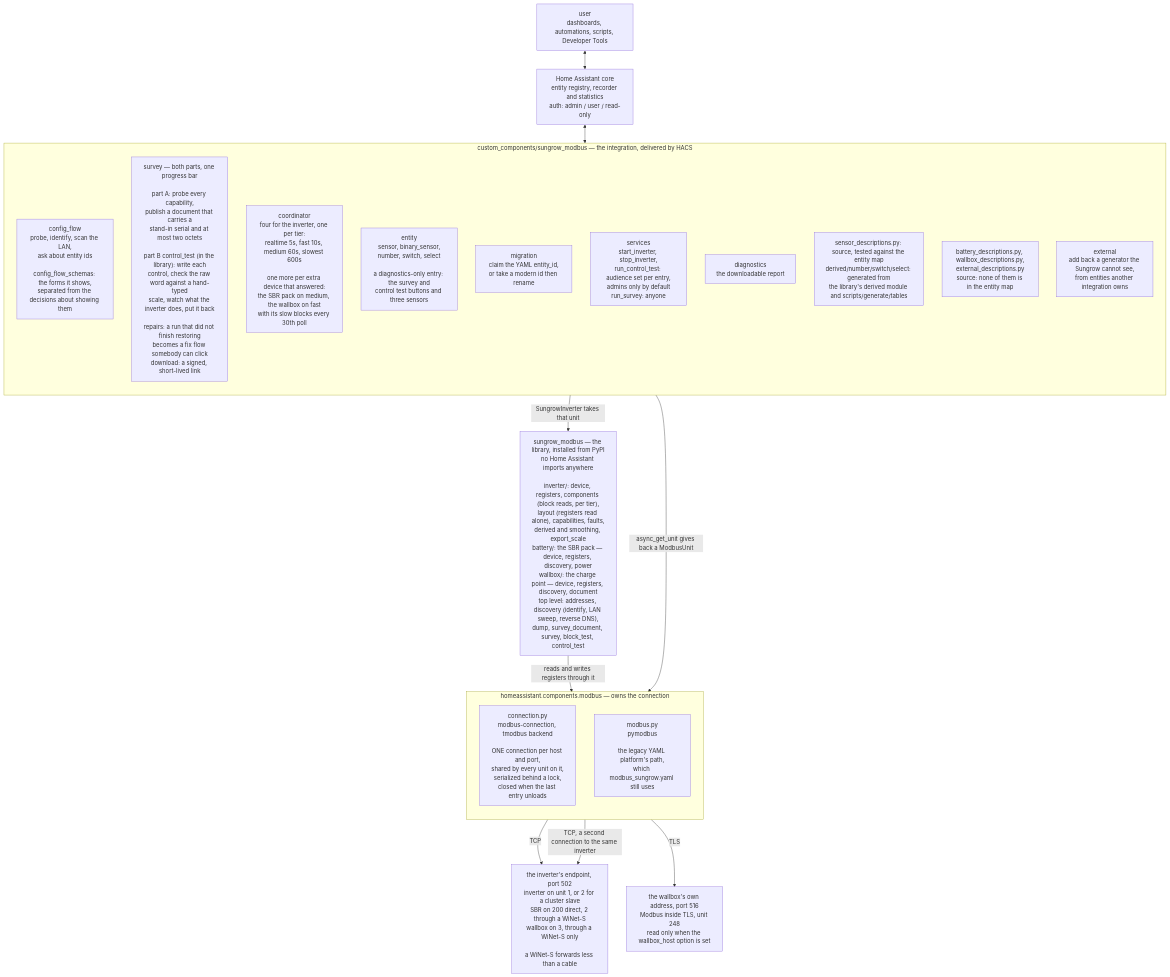
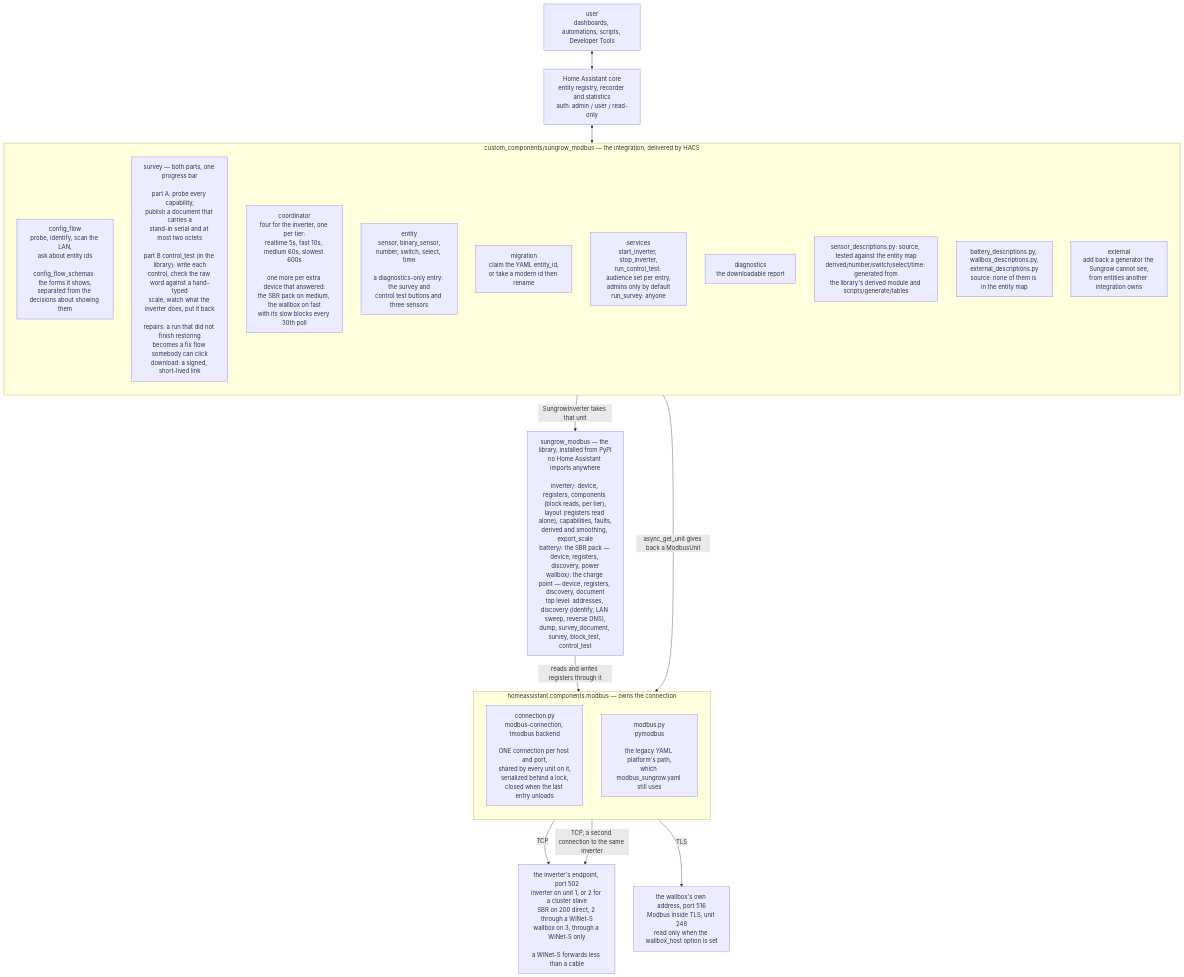
One commit to mkaiser/Sungrow-SHx-Inverter-Modbus-Home-Assistant changed the first of 2 diagrams in doc/architecture.md. Above: the diagram before and after it, drawn with Mermaid. The commit also changed other lines of this file and 36 other files, not shown here.

````diff
--- a/doc/architecture.md
+++ b/doc/architecture.md
@@ -14,39 +14,39 @@
 ```mermaid
 flowchart TD
     user["user<br/>dashboards, automations, scripts, Developer Tools"]
     core["Home Assistant core<br/>entity registry, recorder and statistics<br/>auth: admin / user / read-only"]
 
     subgraph integration["custom_components/sungrow_modbus &mdash; the integration, delivered by HACS"]
         direction TB
         flow["config_flow<br/>probe, identify, scan the LAN,<br/>ask about entity ids<br/><br/>config_flow_schemas: the forms it shows,<br/>separated from the decisions about showing them"]
         survey["survey &mdash; both parts, one progress bar<br/><br/>part A: probe every capability,<br/>publish a document that carries a<br/>stand-in serial and at most two octets<br/><br/>part B control_test (in the library): write each<br/>control, check the raw word against a hand-typed<br/>scale, watch what the inverter does, put it back<br/><br/>repairs: a run that did not finish restoring<br/>becomes a fix flow somebody can click<br/>download: a signed, short-lived link"]
         coord["coordinator<br/>four for the inverter, one per tier:<br/>realtime 5s, fast 10s, medium 60s, slowest 600s<br/><br/>one more per extra device that answered:<br/>the SBR pack on medium, the wallbox on fast<br/>with its slow blocks every 30th poll"]
-        ent["entity<br/>sensor, binary_sensor,<br/>number, switch, select<br/><br/>a diagnostics-only entry: the survey and<br/>control test buttons and three sensors"]
+        ent["entity<br/>sensor, binary_sensor,<br/>number, switch, select, time<br/><br/>a diagnostics-only entry: the survey and<br/>control test buttons and three sensors"]
         mig["migration<br/>claim the YAML entity_id,<br/>or take a modern id then rename"]
         svc["services<br/>start_inverter, stop_inverter,<br/>run_control_test: audience set per entry,<br/>admins only by default<br/>run_survey: anyone"]
         diag["diagnostics<br/>the downloadable report"]
-        gen["sensor_descriptions.py: source, tested against the entity map<br/>derived/number/switch/select: generated from<br/>the library's derived module and scripts/generate/tables"]
+        gen["sensor_descriptions.py: source, tested against the entity map<br/>derived/number/switch/select/time: generated from<br/>the library's derived module and scripts/generate/tables"]
         hand["battery_descriptions.py, wallbox_descriptions.py,<br/>external_descriptions.py<br/>source: none of them is in the entity map"]
         ext["external<br/>add back a generator the Sungrow cannot see,<br/>from entities another integration owns"]
     end
 
     lib["sungrow_modbus &mdash; the library, installed from PyPI<br/>no Home Assistant imports anywhere<br/><br/>inverter/: device, registers, components (block reads, per tier),<br/>layout (registers read alone), capabilities, faults,<br/>derived and smoothing, export_scale<br/>battery/: the SBR pack &mdash; device, registers, discovery, power<br/>wallbox/: the charge point &mdash; device, registers, discovery, document<br/>top level: addresses, discovery (identify, LAN sweep, reverse DNS),<br/>dump, survey_document, survey, block_test, control_test"]
 
     subgraph modbus["homeassistant.components.modbus &mdash; owns the connection"]
         direction TB
         newpath["connection.py<br/>modbus-connection, tmodbus backend<br/><br/>ONE connection per host and port,<br/>shared by every unit on it,<br/>serialized behind a lock,<br/>closed when the last entry unloads"]
         oldpath["modbus.py<br/>pymodbus<br/><br/>the legacy YAML platform's path,<br/>which modbus_sungrow.yaml still uses"]
     end
 
     device["the inverter's endpoint, port 502<br/>inverter on unit 1, or 2 for a cluster slave<br/>SBR on 200 direct, 2 through a WiNet-S<br/>wallbox on 3, through a WiNet-S only<br/><br/>a WiNet-S forwards less than a cable"]
     wbdev["the wallbox's own address, port 516<br/>Modbus inside TLS, unit 248<br/>read only when the wallbox_host option is set"]
 
     user <--> core
     core <--> integration
     integration -- "async_get_unit gives back a ModbusUnit" --> newpath
     integration -- "SungrowInverter takes that unit" --> lib
     lib -- "reads and writes registers through it" --> newpath
     newpath -- "TCP" --> device
     newpath -- "TLS" --> wbdev
     oldpath -- "TCP, a second connection to the same inverter" --> device
 ```
````
